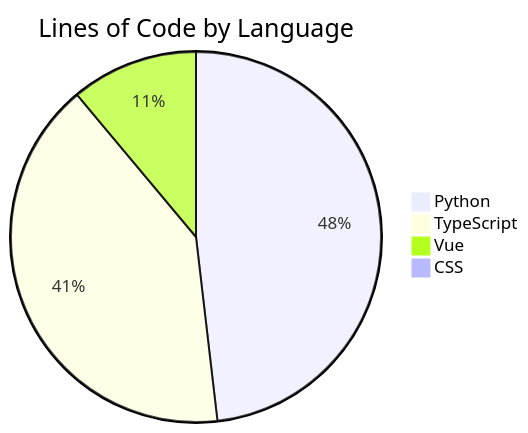
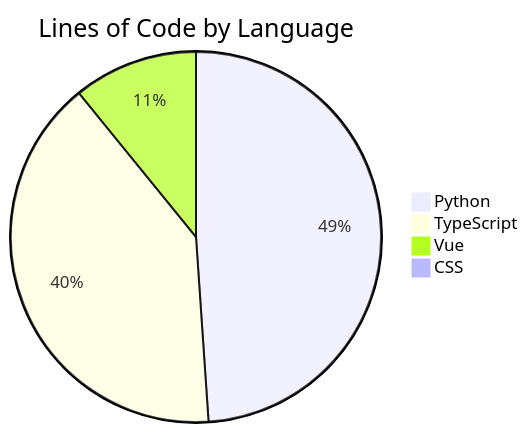
One commit to ISW-stack/AI3L-Community changed the diagram in README.md. Above: the diagram before and after it, drawn with Mermaid. The commit also changed other lines of this file and 1 other file, not shown here.

````diff
--- a/README.md
+++ b/README.md
@@ -368,7 +368,7 @@
 ```mermaid
 pie title Lines of Code by Language
-    "Python" : 101851
-    "TypeScript" : 86226
-    "Vue" : 23457
+    "Python" : 105741
+    "TypeScript" : 86925
+    "Vue" : 23494
     "CSS" : 127
 ```
````
